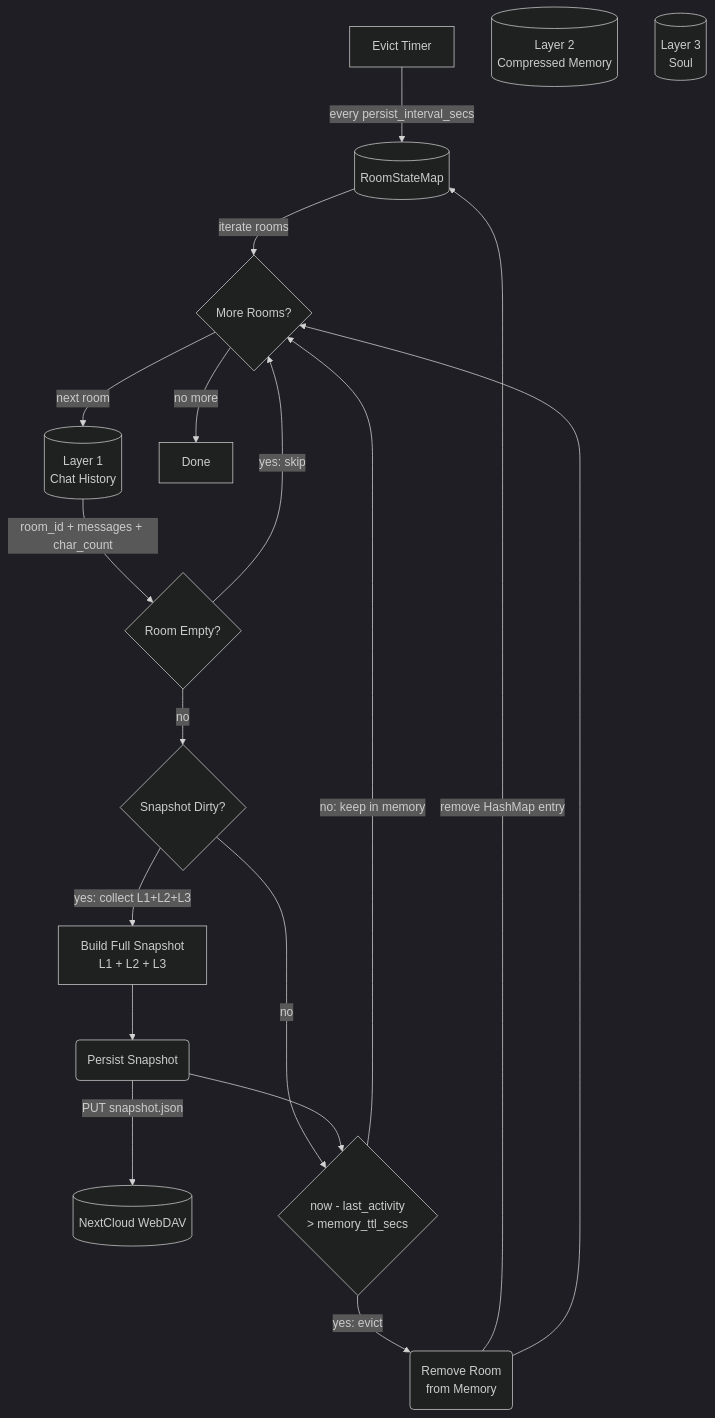
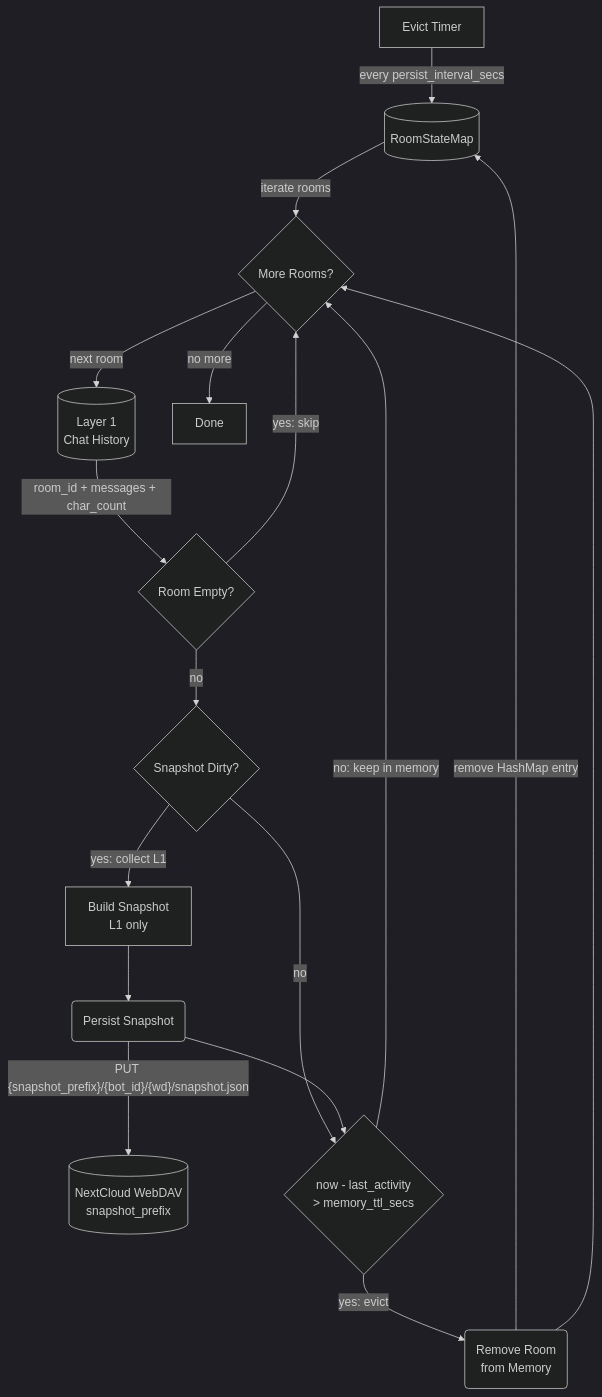
The second of 6 diagrams in _dfd/memory/memory.md (cosmoswafer/rockbot), drawn with Mermaid (dark theme) before and after one commit. The commit also changed other lines of this file and 7 other files, not shown here.

First line of the commit message:
snapshot isolation: per-bot snapshot.json under configurable prefix, bot_id on AgentHarness, DFD updates

````diff
--- a/_dfd/memory/memory.md
+++ b/_dfd/memory/memory.md
@@ -98,34 +103,32 @@
 ```mermaid
 flowchart TD
     TIMER[Evict Timer]
     L1[(Layer 1<br/>Chat History)]
-    L2[(Layer 2<br/>Compressed Memory)]
-    L3[(Layer 3<br/>Soul)]
-    WEBDAV[(NextCloud WebDAV)]
+    WEBDAV[(NextCloud WebDAV<br/>snapshot_prefix)]
     LOAD_ROOM{More Rooms?}
     EMPTY{Room Empty?}
     DIRTY{Snapshot Dirty?}
-    BUILD[Build Full Snapshot<br/>L1 + L2 + L3]
+    BUILD[Build Snapshot<br/>L1 only]
     PERSIST(Persist Snapshot)
     STALE{"now - last_activity<br/>> memory_ttl_secs"}
     EVICT(Remove Room<br/>from Memory)
     ROOMS[(RoomStateMap)]
     DONE[Done]
 
     TIMER -->|"every persist_interval_secs"| ROOMS
     ROOMS -->|"iterate rooms"| LOAD_ROOM
     LOAD_ROOM -->|"next room"| L1
     LOAD_ROOM -->|"no more"| DONE
     L1 -->|"room_id + messages + char_count"| EMPTY
     EMPTY -->|"no"| DIRTY
     EMPTY -->|"yes: skip"| LOAD_ROOM
-    DIRTY -->|"yes: collect L1+L2+L3"| BUILD
+    DIRTY -->|"yes: collect L1"| BUILD
     DIRTY -->|"no"| STALE
     BUILD --> PERSIST
-    PERSIST -->|"PUT snapshot.json"| WEBDAV
+    PERSIST -->|"PUT {snapshot_prefix}/{bot_id}/{wd}/snapshot.json"| WEBDAV
     PERSIST --> STALE
     STALE -->|"yes: evict"| EVICT
     STALE -->|"no: keep in memory"| LOAD_ROOM
     EVICT -->|"remove HashMap entry"| ROOMS
     EVICT --> LOAD_ROOM
 ```
````
